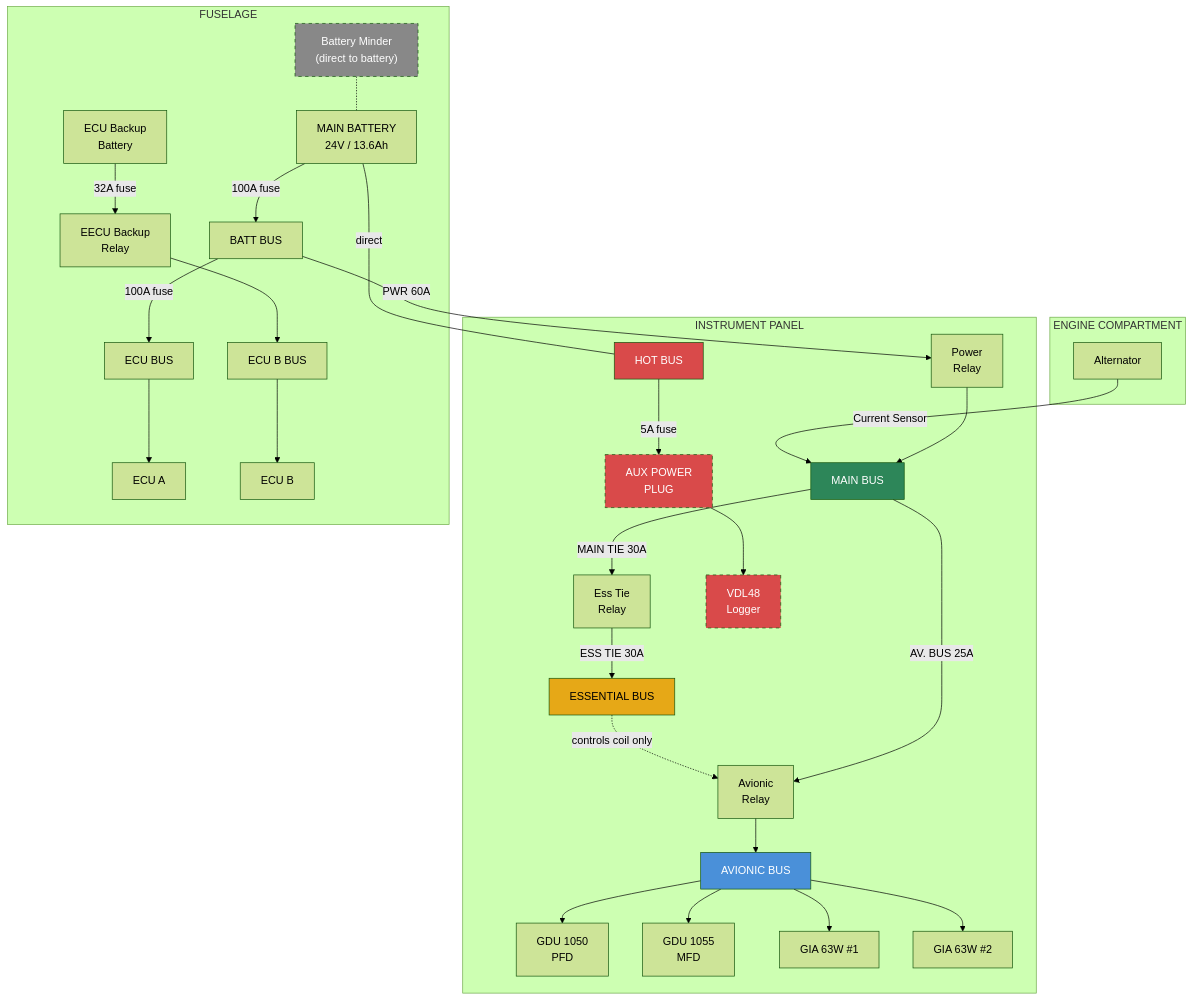
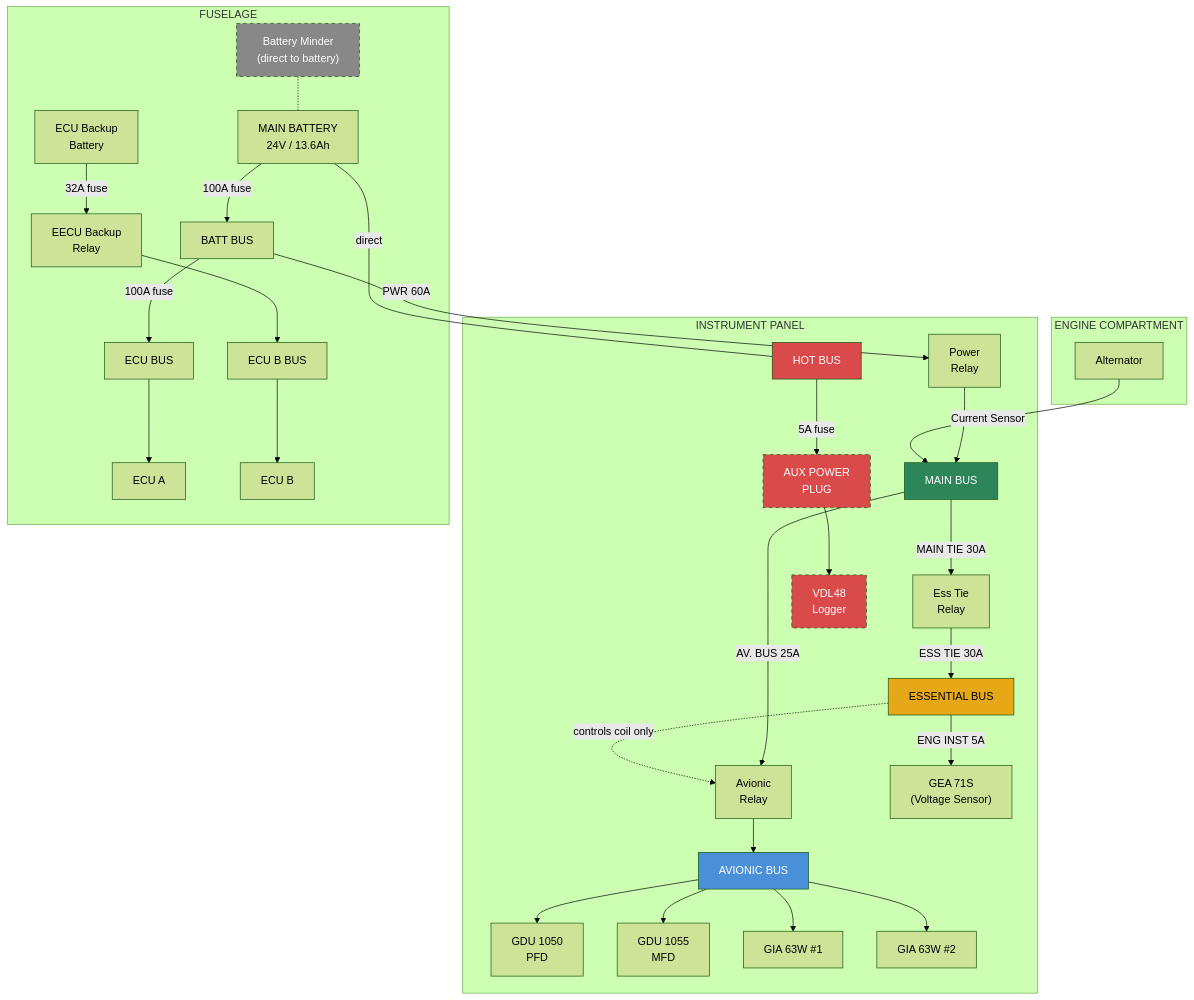
The first of 6 diagrams in README.md (ingramleedy/volts), drawn with Mermaid (forest theme) before and after one commit. The commit also changed other lines of this file and 3 other files, not shown here.

````diff
--- a/README.md
+++ b/README.md
@@ -112,41 +112,42 @@
 ```mermaid
 flowchart TB
     subgraph IP["INSTRUMENT PANEL"]
         AVRELAY["Avionic\nRelay"] --> AVBUS["AVIONIC BUS"]
         PWRRELAY["Power\nRelay"] --> MAINBUS["MAIN BUS"]
         MAINBUS -->|"AV. BUS 25A"| AVRELAY
         MAINBUS -->|"MAIN TIE 30A"| ESSTIE["Ess Tie\nRelay"]
         ESSTIE -->|"ESS TIE 30A"| ESSBUS["ESSENTIAL BUS"]
+        ESSBUS -->|"ENG INST 5A"| GEA71S["GEA 71S\n(Voltage Sensor)"]
         ESSBUS -.->|"controls coil only"| AVRELAY
         AVBUS --> GDU1050["GDU 1050\nPFD"]
         AVBUS --> GDU1055["GDU 1055\nMFD"]
         AVBUS --> GIA1["GIA 63W #1"]
         AVBUS --> GIA2["GIA 63W #2"]
         HOTBUS["HOT BUS"] -->|5A fuse| AUXPLUG["AUX POWER\nPLUG"]
         AUXPLUG --> VDL48["VDL48\nLogger"]
     end
 
     subgraph EC["ENGINE COMPARTMENT"]
         ALT["Alternator"] -->|Current Sensor| MAINBUS
     end
 
     subgraph FUS["FUSELAGE"]
         BAT["MAIN BATTERY\n24V / 13.6Ah"] -->|100A fuse| BATTBUS["BATT BUS"]
         BAT ---|direct| HOTBUS
         BATTBUS -->|"PWR 60A"| PWRRELAY
         BATTBUS -->|100A fuse| ECUBUS["ECU BUS"]
         ECUBUS --> ECUA["ECU A"]
         ECUBKBAT["ECU Backup\nBattery"] -->|32A fuse| ECUBACKUP["EECU Backup\nRelay"]
         ECUBACKUP --> ECUBBUS["ECU B BUS"]
         ECUBBUS --> ECUB["ECU B"]
         BATMINDER["Battery Minder\n(direct to battery)"] -.- BAT
     end
 
     style AVBUS fill:#4a90d9,color:#fff
     style ESSBUS fill:#e6a817,color:#000
     style MAINBUS fill:#2d8659,color:#fff
     style HOTBUS fill:#d94a4a,color:#fff
     style AUXPLUG fill:#d94a4a,color:#fff,stroke-dasharray: 5 5
     style VDL48 fill:#d94a4a,color:#fff,stroke-dasharray: 5 5
     style BATMINDER fill:#888,color:#fff,stroke-dasharray: 5 5
 ```
````
